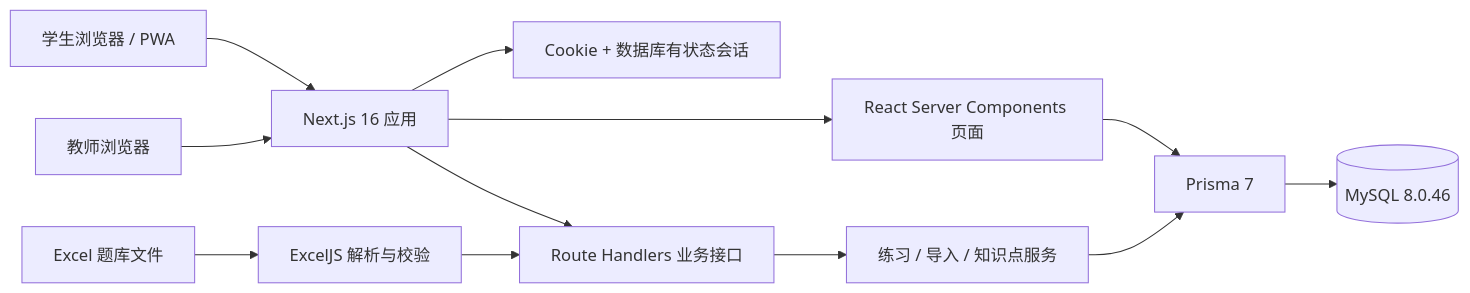
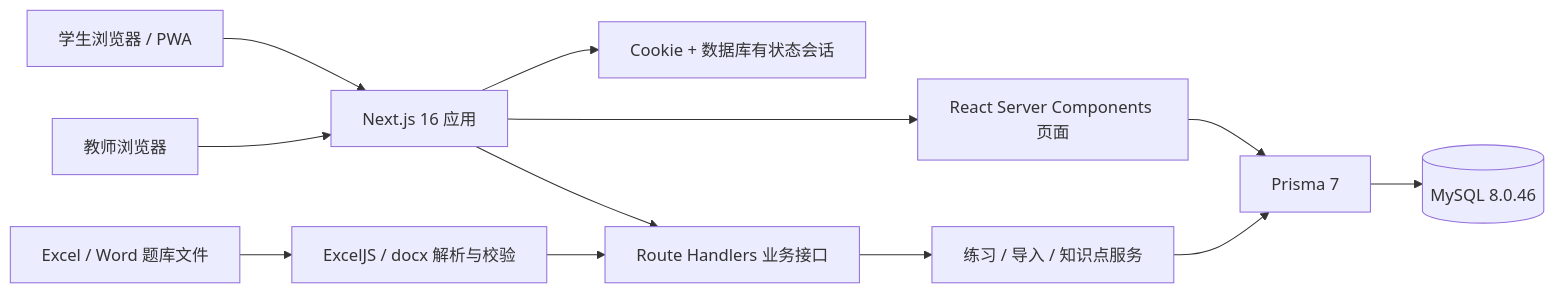
One commit to ThreeBOOdy/Test changed the first of 2 diagrams in README.md. Above: the diagram before and after it, drawn with Mermaid. The commit also changed other lines of this file and 3 other files, not shown here.

````diff
--- a/README.md
+++ b/README.md
@@ -188,14 +202,14 @@
 ```mermaid
 flowchart LR
     Student[学生浏览器 / PWA] --> Next[Next.js 16 应用]
     Teacher[教师浏览器] --> Next
     Next --> Auth[Cookie + 数据库有状态会话]
     Next --> API[Route Handlers 业务接口]
     Next --> RSC[React Server Components 页面]
     API --> Service[练习 / 导入 / 知识点服务]
     RSC --> Prisma[Prisma 7]
     Service --> Prisma
     Prisma --> MySQL[(MySQL 8.0.46)]
-    Excel[Excel 题库文件] --> Import[ExcelJS 解析与校验]
+    File[Excel / Word 题库文件] --> Import[ExcelJS / docx 解析与校验]
     Import --> API
 ```
````
